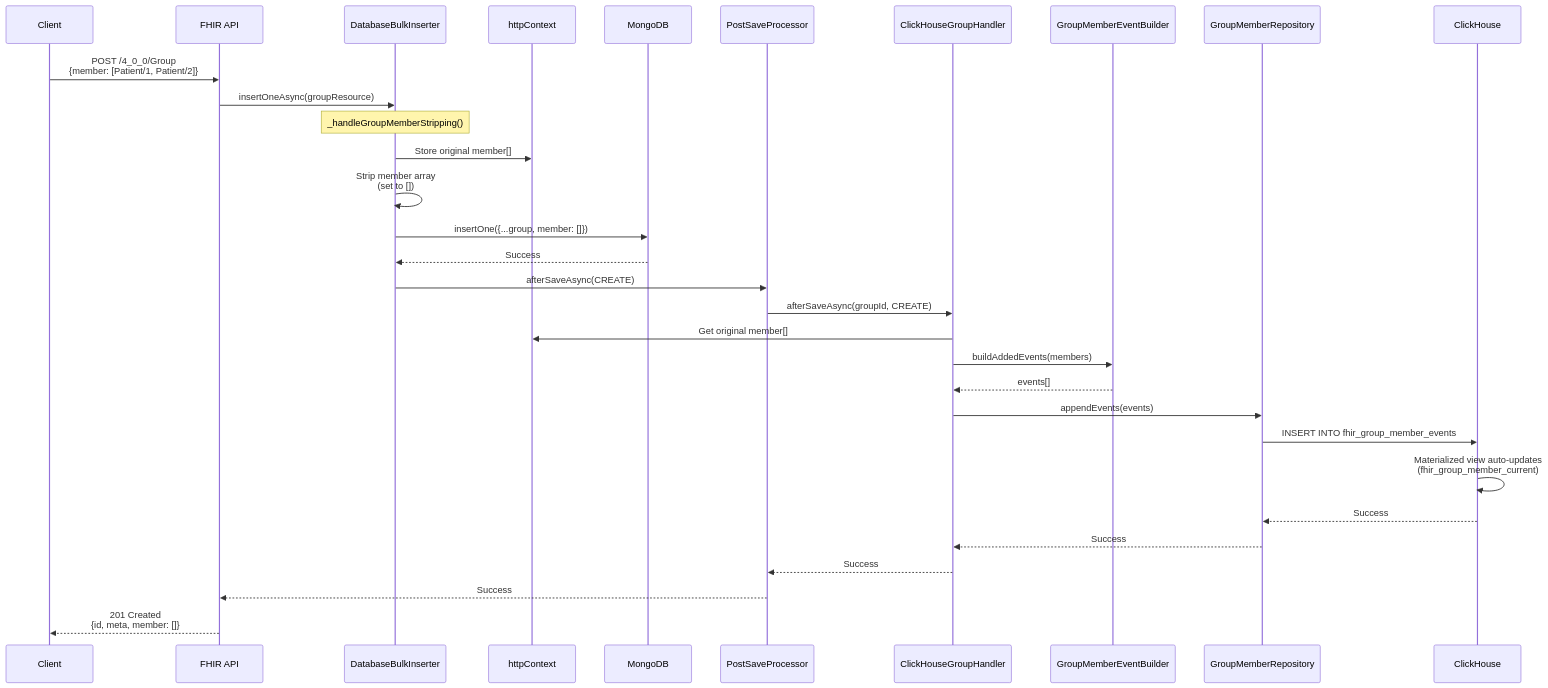
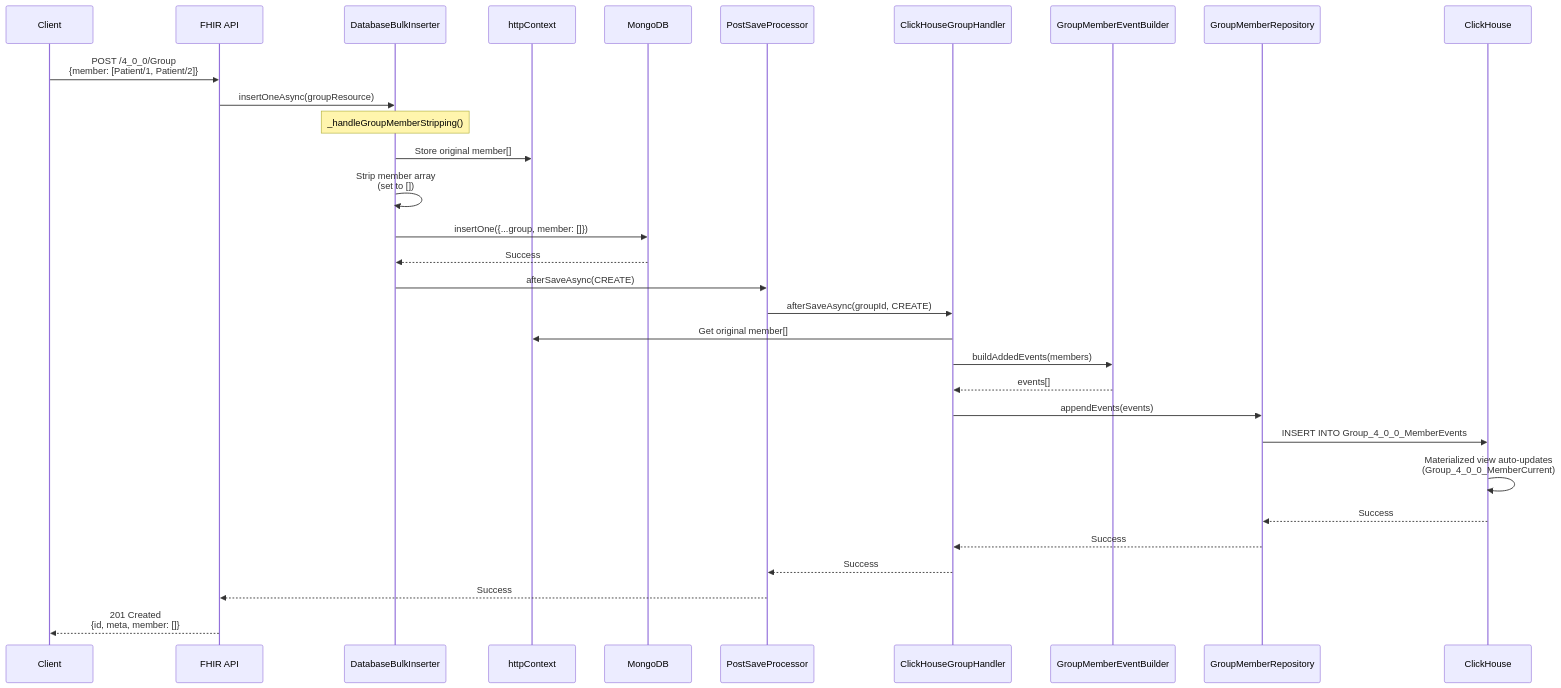
Before and after one commit to icanbwell/fhir-server: the first of 3 diagrams in readme/clickhouse.md, drawn with Mermaid. The commit also changed other lines of this file and 33 other files, not shown here.

````diff
--- a/readme/clickhouse.md
+++ b/readme/clickhouse.md
@@ -297,40 +297,40 @@
 ```mermaid
 sequenceDiagram
     participant Client
     participant API as FHIR API
     participant BulkInserter as DatabaseBulkInserter
     participant Context as httpContext
     participant Mongo as MongoDB
     participant PostSave as PostSaveProcessor
     participant Handler as ClickHouseGroupHandler
     participant Builder as GroupMemberEventBuilder
     participant Repo as GroupMemberRepository
     participant CH as ClickHouse
 
     Client->>API: POST /4_0_0/Group<br/>{member: [Patient/1, Patient/2]}
     API->>BulkInserter: insertOneAsync(groupResource)
 
     Note over BulkInserter: _handleGroupMemberStripping()
     BulkInserter->>Context: Store original member[]
     BulkInserter->>BulkInserter: Strip member array<br/>(set to [])
 
     BulkInserter->>Mongo: insertOne({...group, member: []})
     Mongo-->>BulkInserter: Success
 
     BulkInserter->>PostSave: afterSaveAsync(CREATE)
     PostSave->>Handler: afterSaveAsync(groupId, CREATE)
 
     Handler->>Context: Get original member[]
     Handler->>Builder: buildAddedEvents(members)
     Builder-->>Handler: events[]
 
     Handler->>Repo: appendEvents(events)
-    Repo->>CH: INSERT INTO fhir_group_member_events
-    CH->>CH: Materialized view auto-updates<br/>(fhir_group_member_current)
+    Repo->>CH: INSERT INTO Group_4_0_0_MemberEvents
+    CH->>CH: Materialized view auto-updates<br/>(Group_4_0_0_MemberCurrent)
     CH-->>Repo: Success
 
     Repo-->>Handler: Success
     Handler-->>PostSave: Success
     PostSave-->>API: Success
     API-->>Client: 201 Created<br/>{id, meta, member: []}
 ```
````
